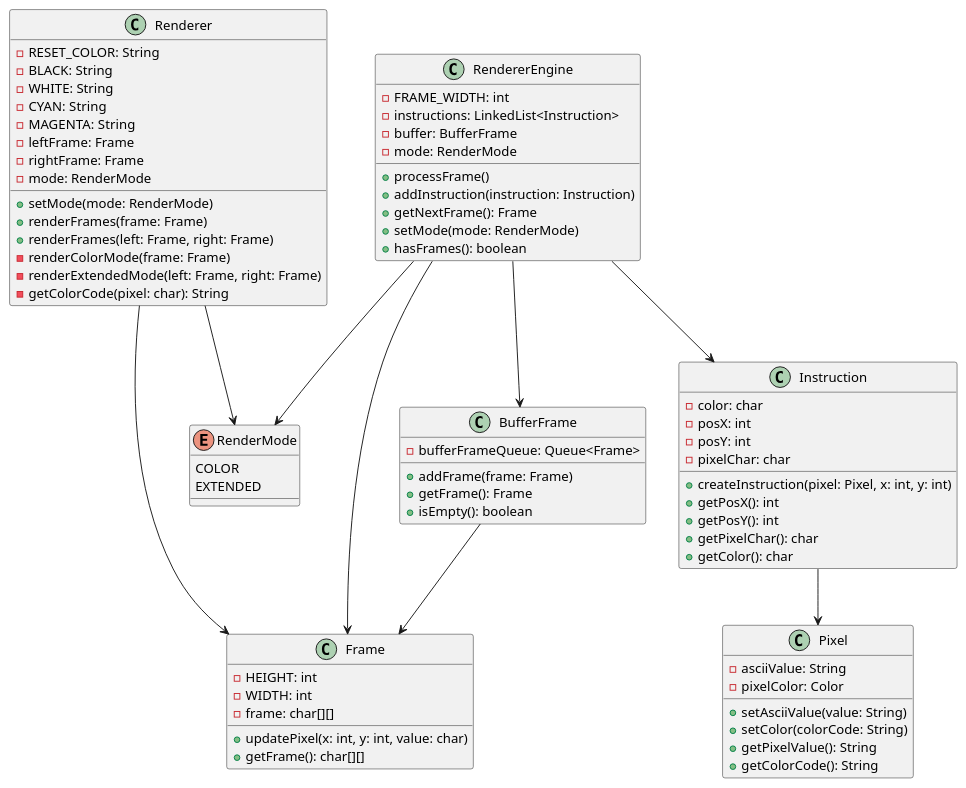
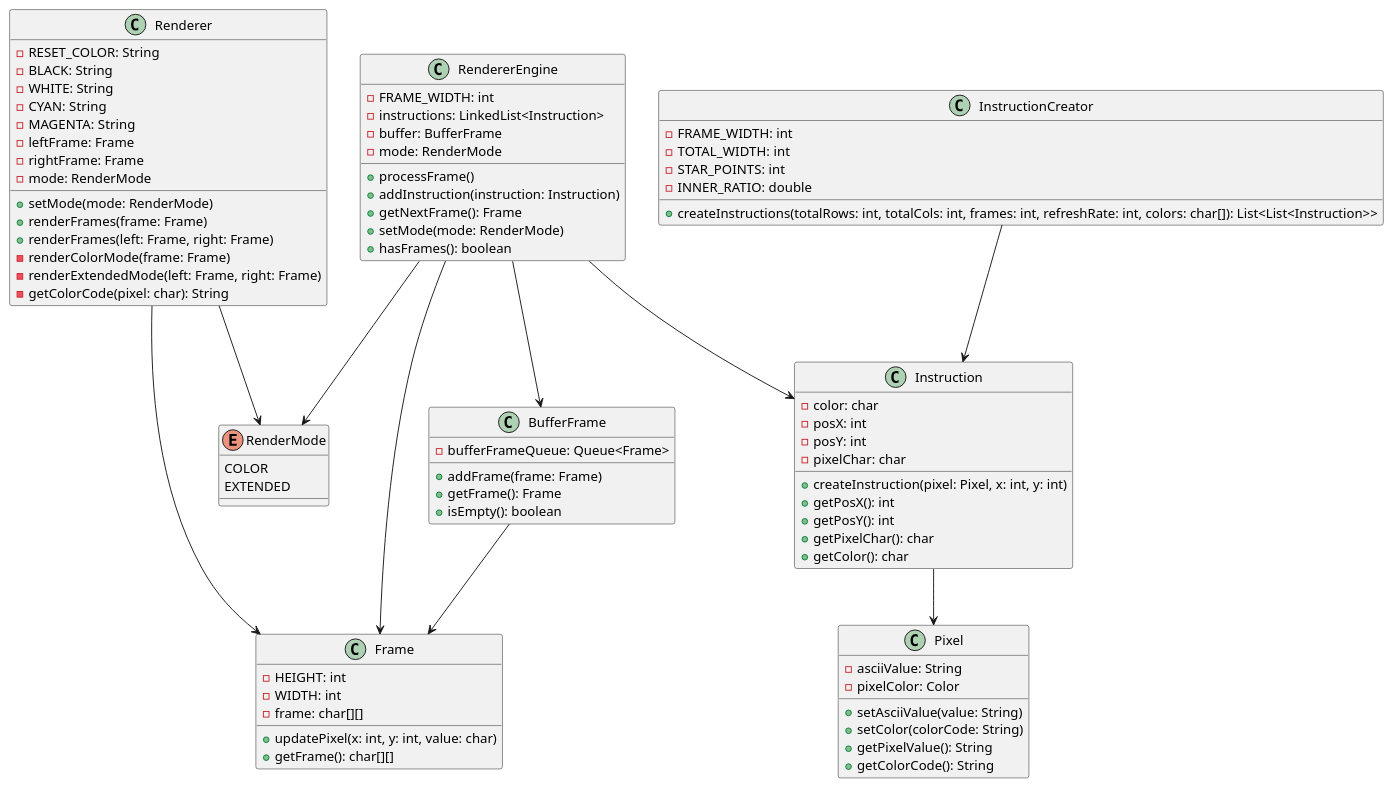
Before and after one commit to mmasias/24-25-EDA2: the diagram in entregas/SaucedoIan/reto00/SOURCE/diagram.puml, drawn with PlantUML. The commit also changed 4 other files, not shown here.

```diff
--- a/entregas/SaucedoIan/reto00/SOURCE/diagram.puml
+++ b/entregas/SaucedoIan/reto00/SOURCE/diagram.puml
@@ -1,81 +1,90 @@
 @startuml
 class Renderer {
     -RESET_COLOR: String
     -BLACK: String
     -WHITE: String
     -CYAN: String
     -MAGENTA: String
     -leftFrame: Frame
     -rightFrame: Frame
     -mode: RenderMode
     +setMode(mode: RenderMode)
     +renderFrames(frame: Frame)
     +renderFrames(left: Frame, right: Frame)
     -renderColorMode(frame: Frame)
     -renderExtendedMode(left: Frame, right: Frame)
     -getColorCode(pixel: char): String
 }
 
 enum RenderMode {
     COLOR
     EXTENDED
 }
 
 class Frame {
     -HEIGHT: int
     -WIDTH: int
     -frame: char[][]
     +updatePixel(x: int, y: int, value: char)
     +getFrame(): char[][]
 }
 
 class RendererEngine {
     -FRAME_WIDTH: int
     -instructions: LinkedList<Instruction>
     -buffer: BufferFrame
     -mode: RenderMode
     +processFrame()
     +addInstruction(instruction: Instruction)
     +getNextFrame(): Frame
     +setMode(mode: RenderMode)
     +hasFrames(): boolean
 }
 
 class Instruction {
     -color: char
     -posX: int
     -posY: int
     -pixelChar: char
     +createInstruction(pixel: Pixel, x: int, y: int)
     +getPosX(): int
     +getPosY(): int
     +getPixelChar(): char
     +getColor(): char
 }
 
 class Pixel {
     -asciiValue: String
     -pixelColor: Color
     +setAsciiValue(value: String)
     +setColor(colorCode: String)
     +getPixelValue(): String
     +getColorCode(): String
 }
 
 class BufferFrame {
     -bufferFrameQueue: Queue<Frame>
     +addFrame(frame: Frame)
     +getFrame(): Frame
     +isEmpty(): boolean
 }
 
+class InstructionCreator {
+    -FRAME_WIDTH: int
+    -TOTAL_WIDTH: int
+    -STAR_POINTS: int
+    -INNER_RATIO: double
+    +createInstructions(totalRows: int, totalCols: int, frames: int, refreshRate: int, colors: char[]): List<List<Instruction>>
+}
+
 Renderer --> Frame
 Renderer --> RenderMode
 RendererEngine --> BufferFrame
 RendererEngine --> Instruction
 RendererEngine --> Frame
 RendererEngine --> RenderMode
 Instruction --> Pixel
 BufferFrame --> Frame
+InstructionCreator --> Instruction
 
 @enduml
```
